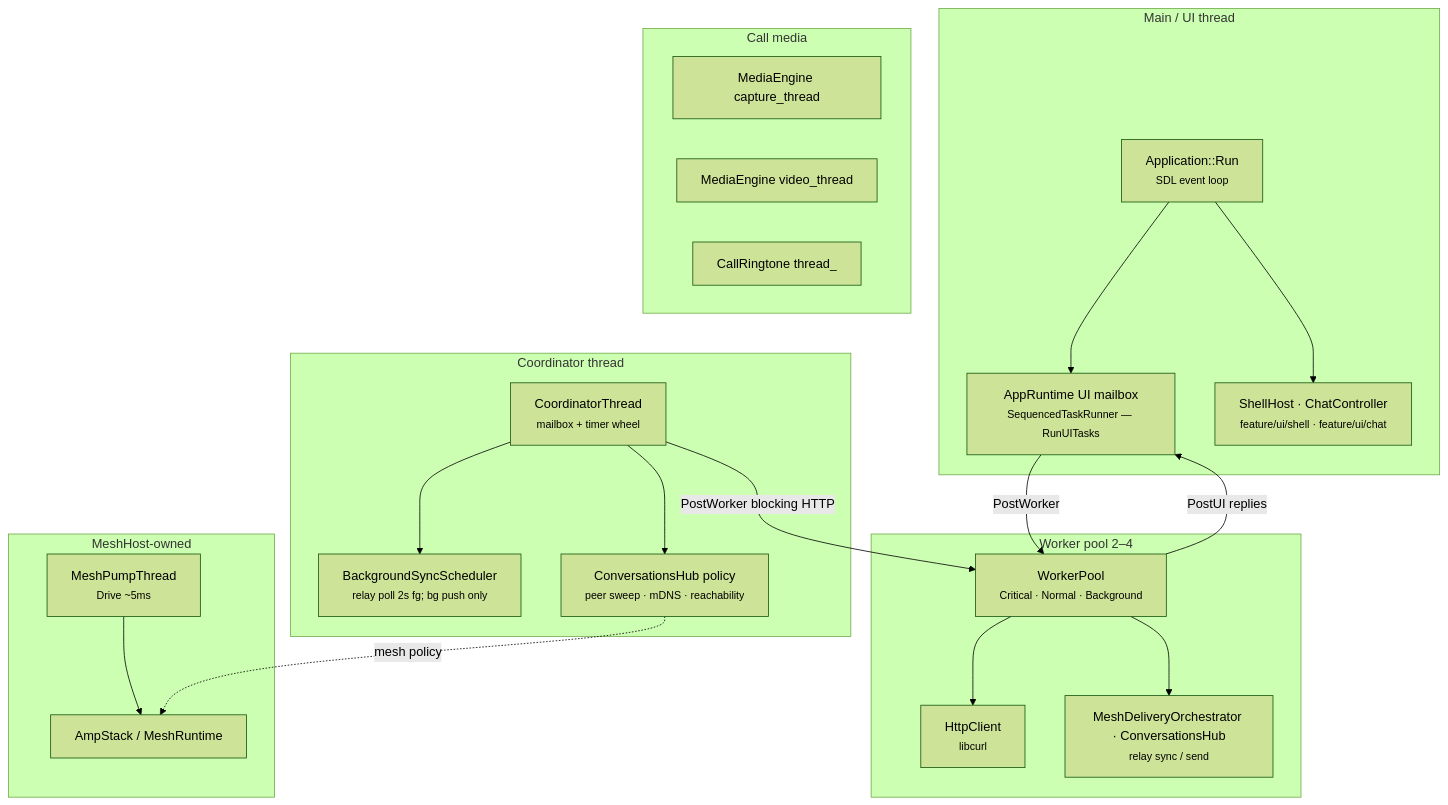
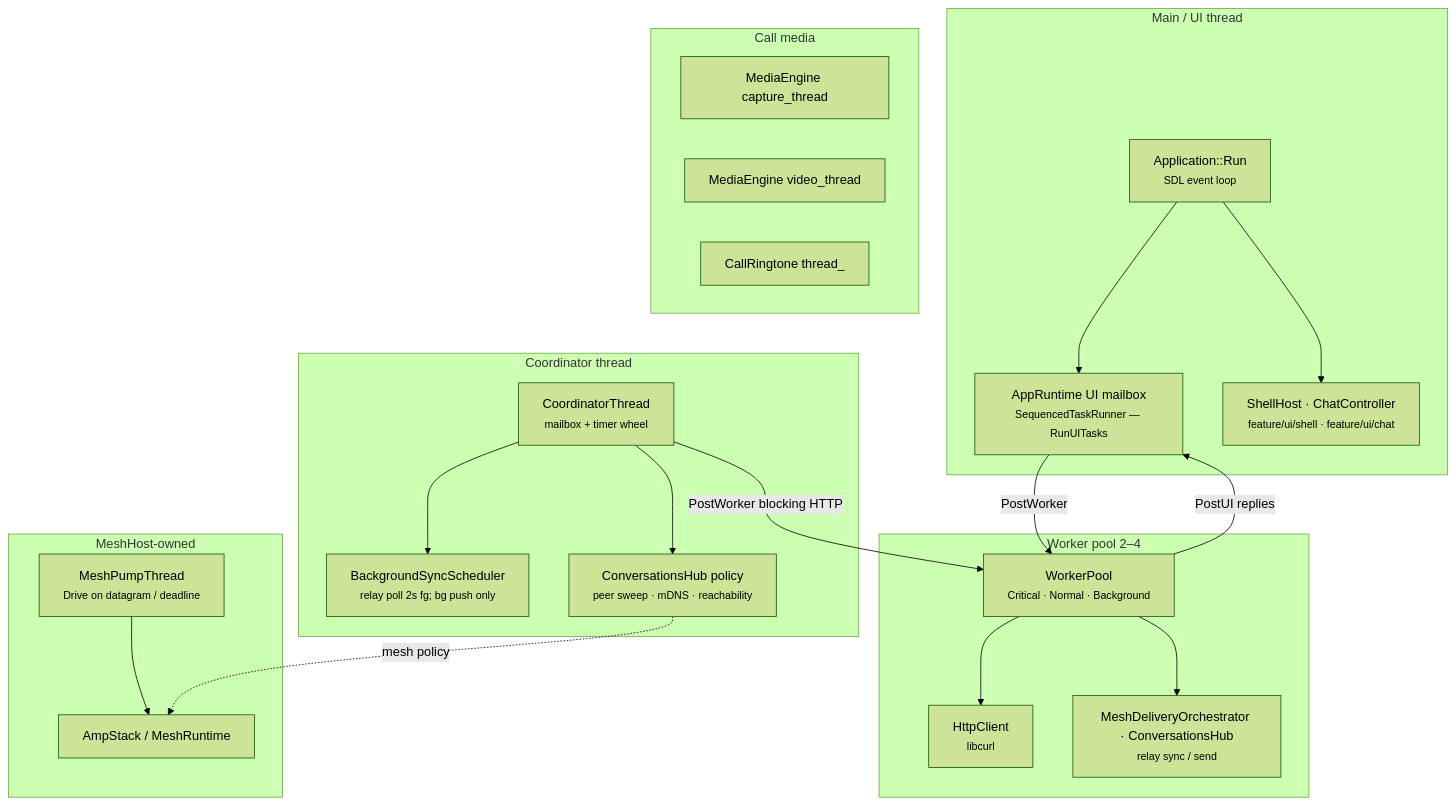
One commit to people-post/pp-browser changed the fourth of 4 diagrams in docs/architecture/RUNTIME_COMPOSITION.md. Above: the diagram before and after it, drawn with Mermaid (forest theme). The commit also changed other lines of this file and 6 other files, not shown here.

````diff
--- a/docs/architecture/RUNTIME_COMPOSITION.md
+++ b/docs/architecture/RUNTIME_COMPOSITION.md
@@ -235,43 +235,43 @@
 ```mermaid
 flowchart TB
   subgraph main["Main / UI thread"]
     SDL["Application::Run<br/><small>SDL event loop</small>"]
     UIQ["AppRuntime UI mailbox<br/><small>SequencedTaskRunner — RunUITasks</small>"]
     ShellTick["ShellHost · ChatController<br/><small>feature/ui/shell · feature/ui/chat</small>"]
     SDL --> UIQ
     SDL --> ShellTick
   end
 
   subgraph coord["Coordinator thread"]
     Coord["CoordinatorThread<br/><small>mailbox + timer wheel</small>"]
     RelayPoll["BackgroundSyncScheduler<br/><small>relay poll 2s fg; bg push only</small>"]
     HubPolicy["ConversationsHub policy<br/><small>peer sweep · mDNS · reachability</small>"]
     Coord --> RelayPoll
     Coord --> HubPolicy
   end
 
   subgraph pool["Worker pool 2–4"]
     Pool["WorkerPool<br/><small>Critical · Normal · Background</small>"]
     Http["HttpClient<br/><small>libcurl</small>"]
     P2pWork["MeshDeliveryOrchestrator · ConversationsHub<br/><small>relay sync / send</small>"]
     Pool --> Http
     Pool --> P2pWork
   end
 
   subgraph mesh_host["MeshHost-owned"]
-    Pump["MeshPumpThread<br/><small>Drive ~5ms</small>"]
+    Pump["MeshPumpThread<br/><small>Drive on datagram / deadline</small>"]
     Amp["AmpStack / MeshRuntime"]
     Pump --> Amp
   end
 
   subgraph media_stack["Call media"]
     Cap["MediaEngine capture_thread"]
     Vid["MediaEngine video_thread"]
     Ring["CallRingtone thread_"]
   end
 
   UIQ -->|"PostWorker"| Pool
   Pool -->|"PostUI replies"| UIQ
   Coord -->|"PostWorker blocking HTTP"| Pool
   HubPolicy -.->|"mesh policy"| Amp
 ```
````
